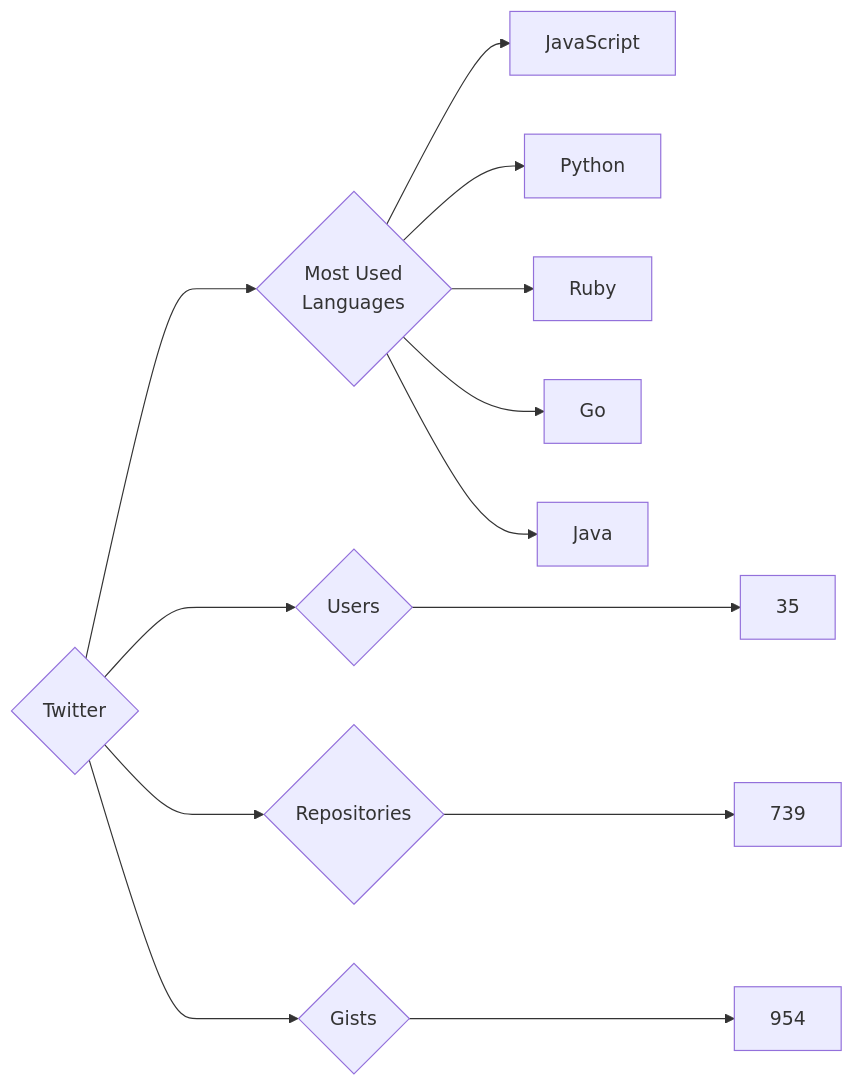
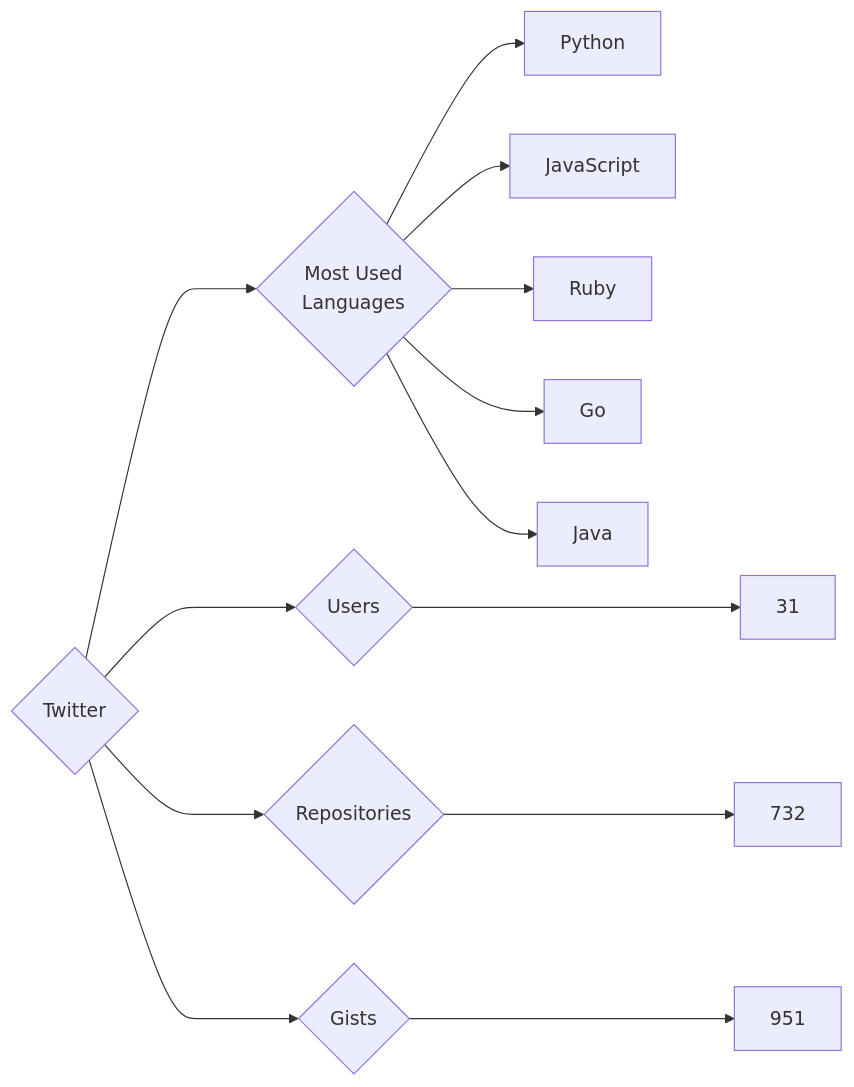
Before and after one commit to trickest/insiders: the diagram in targets/Twitter/README.md, drawn with Mermaid. The commit also changed 444 other files, not shown here.

````diff
--- a/targets/Twitter/README.md
+++ b/targets/Twitter/README.md
@@ -3,13 +3,13 @@
 ```mermaid
 graph LR
 COMPANY_NAME{Twitter}
-COMPANY_NAME ---> U{Users} ---> UN[35]
-COMPANY_NAME ---> R{Repositories} ---> RN[739]
-COMPANY_NAME ---> G{Gists} ---> GN[954]
+COMPANY_NAME ---> U{Users} ---> UN[31]
+COMPANY_NAME ---> R{Repositories} ---> RN[732]
+COMPANY_NAME ---> G{Gists} ---> GN[951]
 COMPANY_NAME ---> ML{Most Used<br>Languages}
+ML --> Python[Python]
 ML --> JavaScript[JavaScript]
-ML --> Python[Python]
 ML --> Ruby[Ruby]
 ML --> Go[Go]
 ML --> Java[Java]
 ```
````
